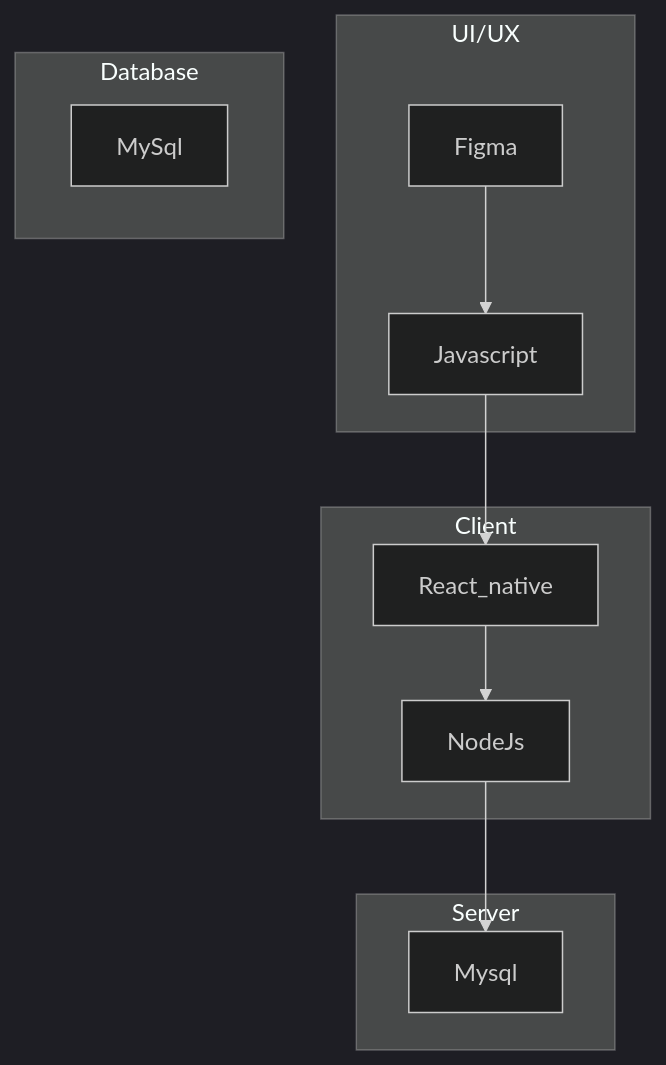
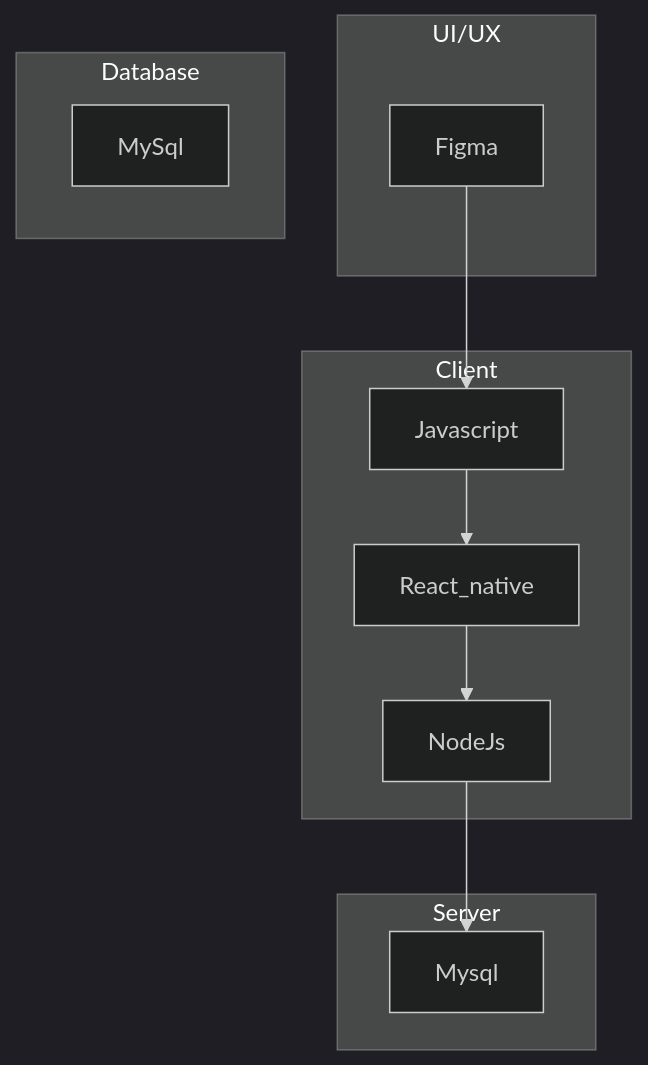
The second of 2 diagrams in job interview.MD (fahrizap/Kodein), drawn with Mermaid (dark theme) before and after one commit.

Commit message:
Update job interview.MD

````diff
--- a/job interview.MD
+++ b/job interview.MD
@@ -77,18 +77,19 @@
 ```mermaid
 flowchart TB
+    Figma-->Javascript
     subgraph UI/UX
-    Figma-->Javascript
+    Figma
     end
     subgraph Client
     Javascript-->React_native
     React_native-->NodeJs
     end
     subgraph Server
     NodeJs-->Mysql
     end
     subgraph Database
     MySql
     end
   
     
 ```
````
